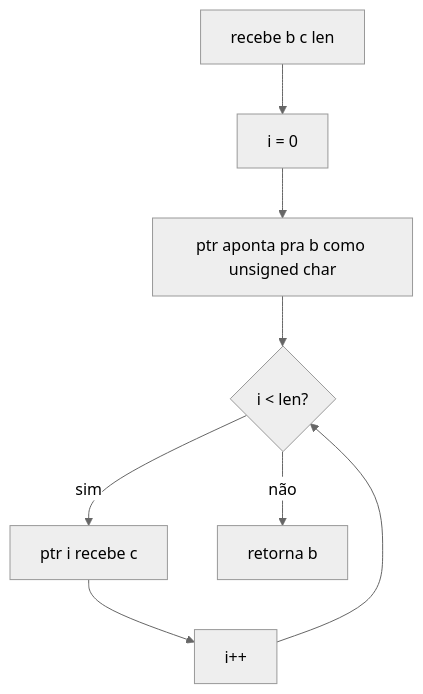
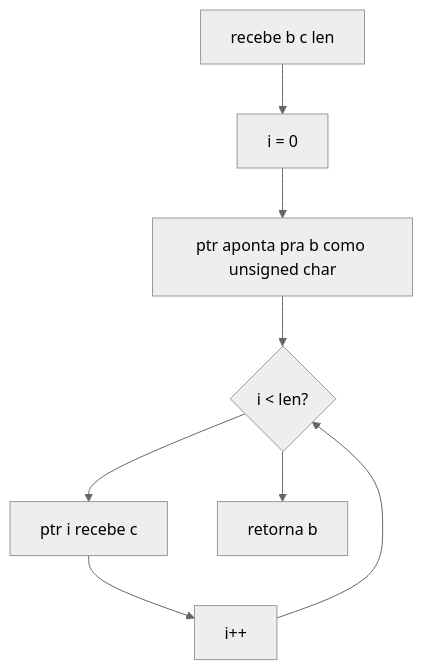
The seventh of 43 diagrams in 1-libft/Readme.md (ahy-git/docs), drawn with Mermaid (neutral theme) before and after one commit. The commit also changed other lines of this file, not shown here.

````diff
--- a/1-libft/Readme.md
+++ b/1-libft/Readme.md
@@ -694,10 +694,10 @@
 ```mermaid
 flowchart TD
 	A["recebe b c len"] --> B["i = 0"]
 	B --> C["ptr aponta pra b como unsigned char"]
 	C --> D{"i < len?"}
-	D -- sim --> E["ptr i recebe c"]
+	D --> E["ptr i recebe c"]
 	E --> F["i++"]
 	F --> D
-	D -- não --> G["retorna b"]
+	D --> G["retorna b"]
 ```
````
